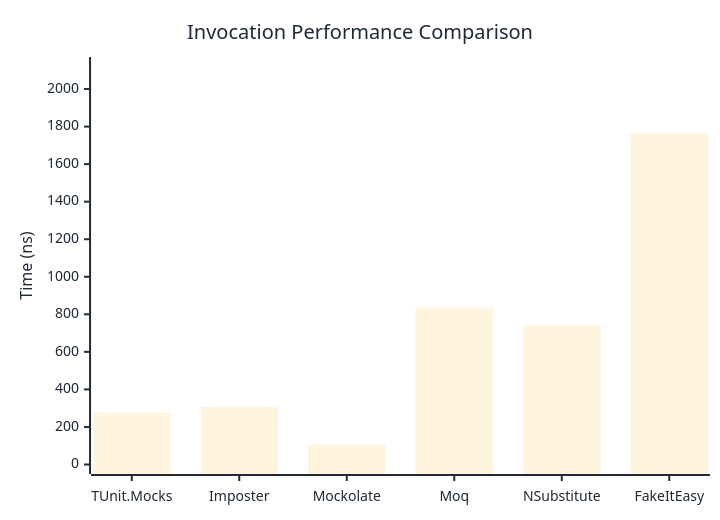
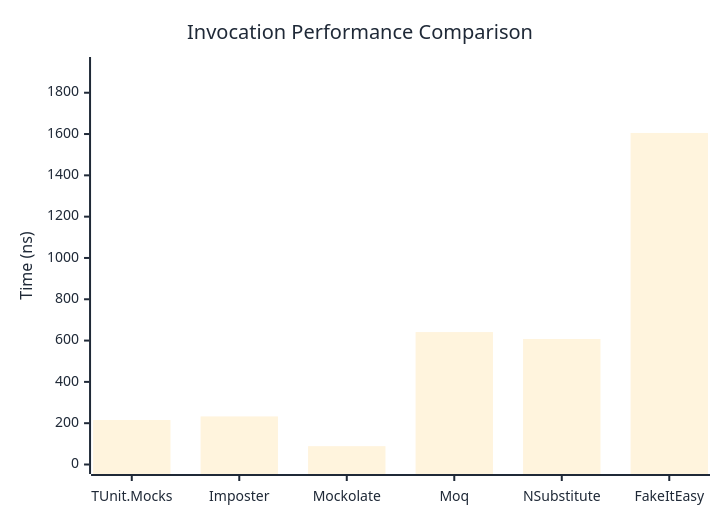
Before and after one commit to thomhurst/TUnit: the first of 3 diagrams in docs/docs/benchmarks/mocks/Invocation.md, drawn with Mermaid. The commit also changed other lines of this file and 14 other files, not shown here.

````diff
--- a/docs/docs/benchmarks/mocks/Invocation.md
+++ b/docs/docs/benchmarks/mocks/Invocation.md
@@ -30,27 +30,27 @@
 ```mermaid
 %%{init: {
   'theme':'base',
   'themeVariables': {
     'primaryColor': '#2563eb',
     'primaryTextColor': '#1f2937',
     'primaryBorderColor': '#1e40af',
     'lineColor': '#6b7280',
     'secondaryColor': '#7c3aed',
     'tertiaryColor': '#dc2626',
     'background': '#ffffff',
     'pie1': '#2563eb',
     'pie2': '#7c3aed',
     'pie3': '#dc2626',
     'pie4': '#f59e0b',
     'pie5': '#10b981',
     'pie6': '#06b6d4',
     'pie7': '#ec4899',
     'pie8': '#6366f1'
   }
 }}%%
 xychart-beta
   title "Invocation Performance Comparison"
   x-axis ["TUnit.Mocks", "Imposter", "Mockolate", "Moq", "NSubstitute", "FakeItEasy"]
-  y-axis "Time (ns)" 0 --> 2120
-  bar [277.91, 305.66, 106.57, 836.41, 743.31, 1766.19]
+  y-axis "Time (ns)" 0 --> 1927
+  bar [215.31, 232.8, 88.8, 641.2, 607.7, 1605.23]
 ```
````
